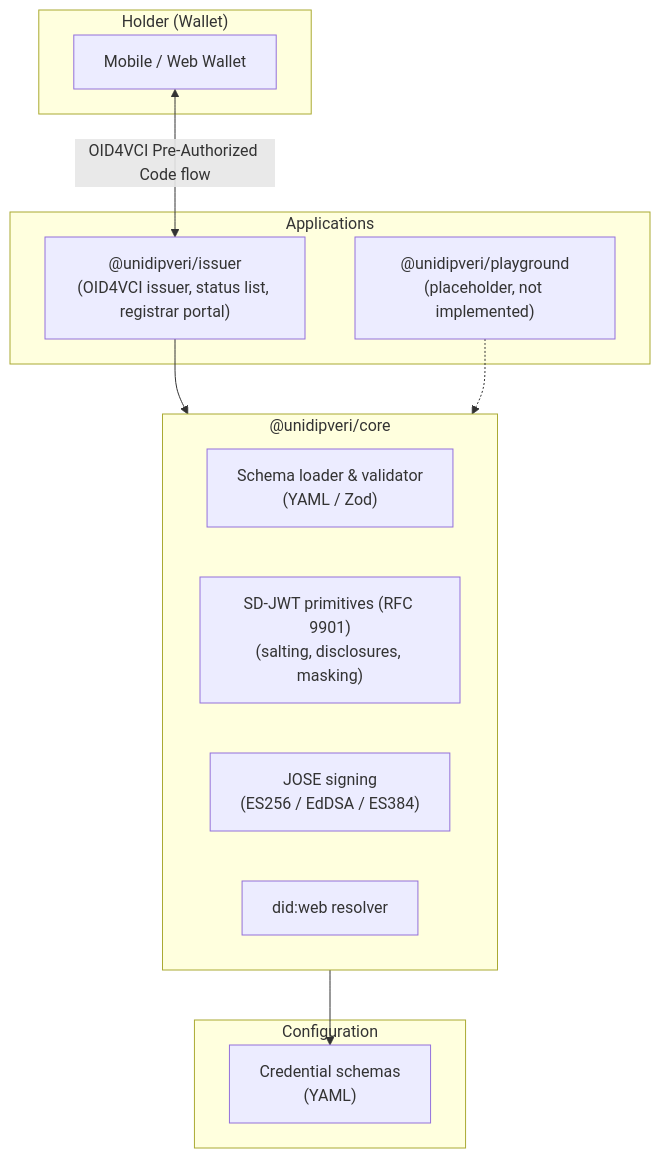
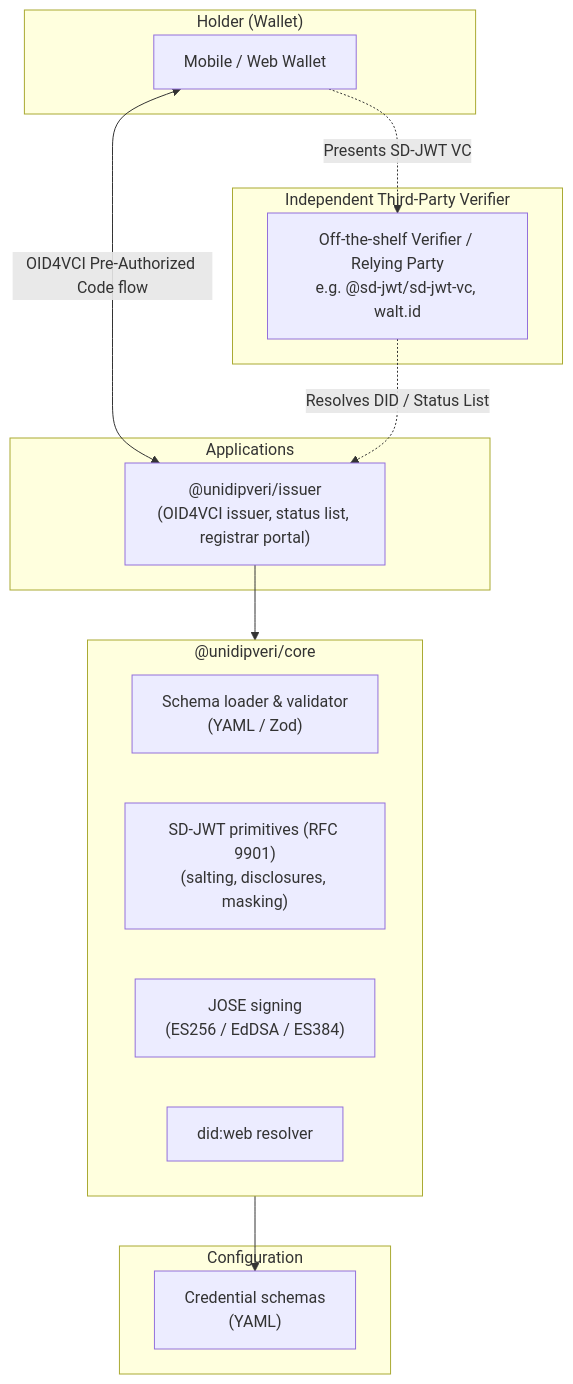
The diagram in README.md (huypengin/UniDipVeri), drawn with Mermaid before and after one commit. The commit also changed other lines of this file and 2 other files, not shown here.

Commit message:
docs(readme): rewrite READMEs to remove verifier references and preserve issuer limitations

````diff
--- a/README.md
+++ b/README.md
@@ -61,27 +61,31 @@
 ```mermaid
 flowchart TD
     subgraph Client ["Holder (Wallet)"]
         W[Mobile / Web Wallet]
     end
 
+    subgraph Verifier ["Independent Third-Party Verifier"]
+        V[Off-the-shelf Verifier / Relying Party<br/>e.g. @sd-jwt/sd-jwt-vc, walt.id]
+    end
+
     subgraph Apps ["Applications"]
         IssuerApp["@unidipveri/issuer<br/>(OID4VCI issuer, status list, registrar portal)"]
-        PlaygroundApp["@unidipveri/playground<br/>(placeholder, not implemented)"]
     end
 
     subgraph CoreEngine ["@unidipveri/core"]
         SchemaMod["Schema loader & validator<br/>(YAML / Zod)"]
         SDMod["SD-JWT primitives (RFC 9901)<br/>(salting, disclosures, masking)"]
         SignMod["JOSE signing<br/>(ES256 / EdDSA / ES384)"]
         DIDMod["did:web resolver"]
     end
 
     subgraph ConfigArtifacts ["Configuration"]
         Schemas["Credential schemas<br/>(YAML)"]
     end
 
     W <-->|OID4VCI Pre-Authorized Code flow| IssuerApp
     IssuerApp --> CoreEngine
-    PlaygroundApp -.-> CoreEngine
     CoreEngine --> Schemas
+    W -.->|Presents SD-JWT VC| V
+    V -.->|Resolves DID / Status List| IssuerApp
 ```
````
